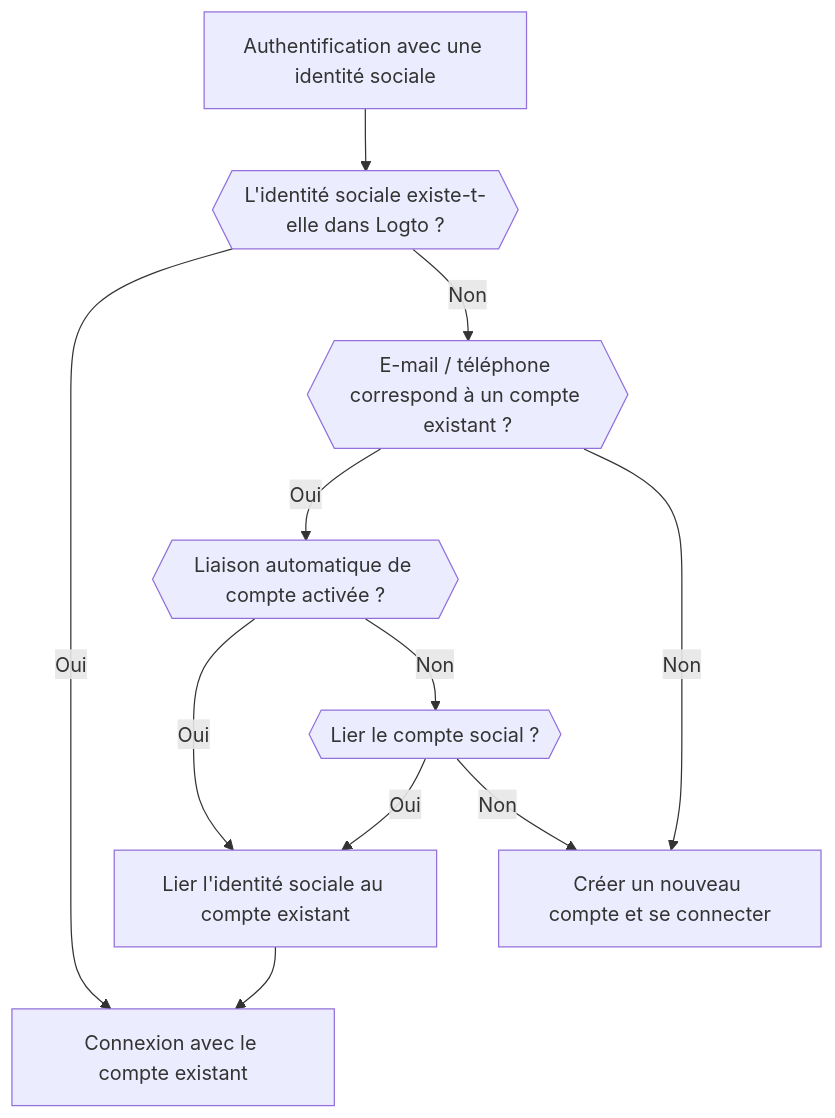
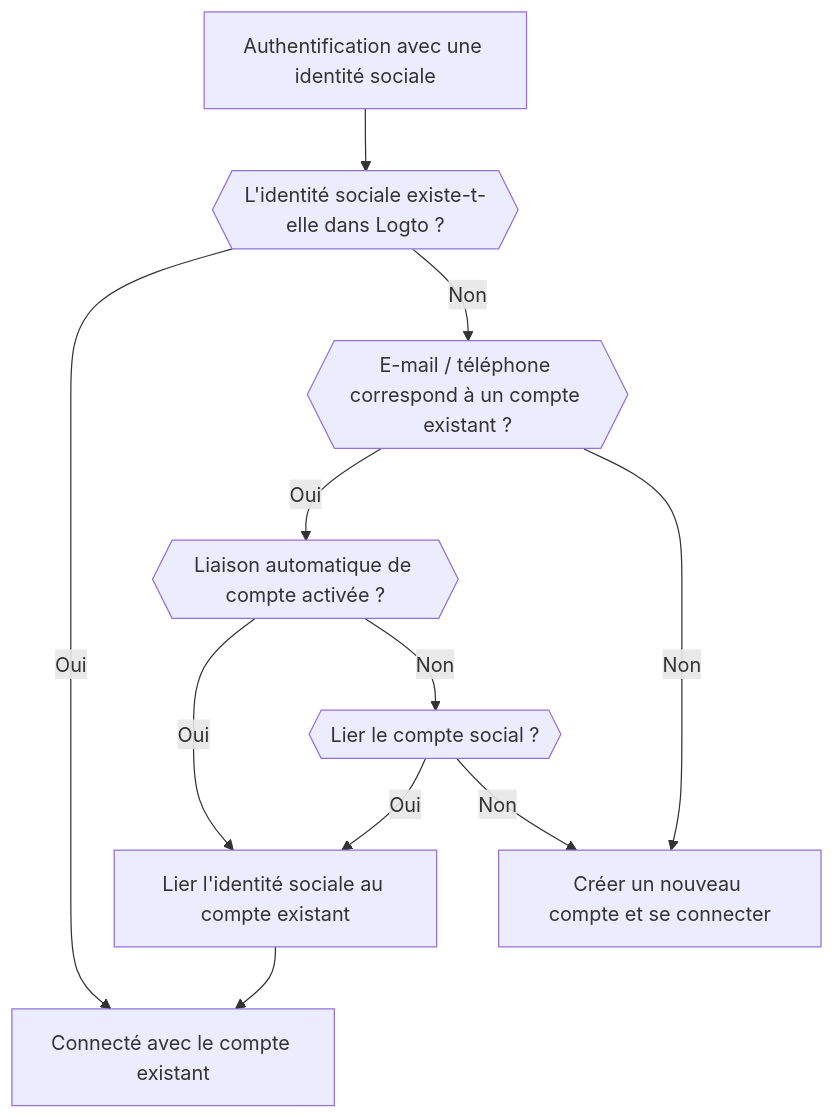
The second of 6 diagrams in i18n/fr/docusaurus-plugin-content-docs/current/end-user-flows/sign-up-and-sign-in/social-sign-in.mdx (logto-io/docs), drawn with Mermaid before and after one commit. The commit also changed other lines of this file and 67 other files, not shown here.

````diff
--- a/i18n/fr/docusaurus-plugin-content-docs/current/end-user-flows/sign-up-and-sign-in/social-sign-in.mdx
+++ b/i18n/fr/docusaurus-plugin-content-docs/current/end-user-flows/sign-up-and-sign-in/social-sign-in.mdx
@@ -80,13 +80,13 @@
     ```mermaid
     flowchart TD
     A[Authentification avec une identité sociale] --> B{{L'identité sociale existe-t-elle dans Logto ?}}
-    B -- Oui --> C[Connexion avec le compte existant]
+    B -- Oui --> C[Connecté avec le compte existant]
     B -- Non --> D{{E-mail / téléphone correspond à un compte existant ?}}
     D -- Oui --> E{{Liaison automatique de compte activée ?}}
     E -- Oui --> G[Lier l'identité sociale au compte existant]
     G --> C
     D -- Non --> H[Créer un nouveau compte et se connecter]
     E -- Non --> I{{Lier le compte social ?}}
     I -- Oui --> G
     I -- Non --> H
     ```
````
